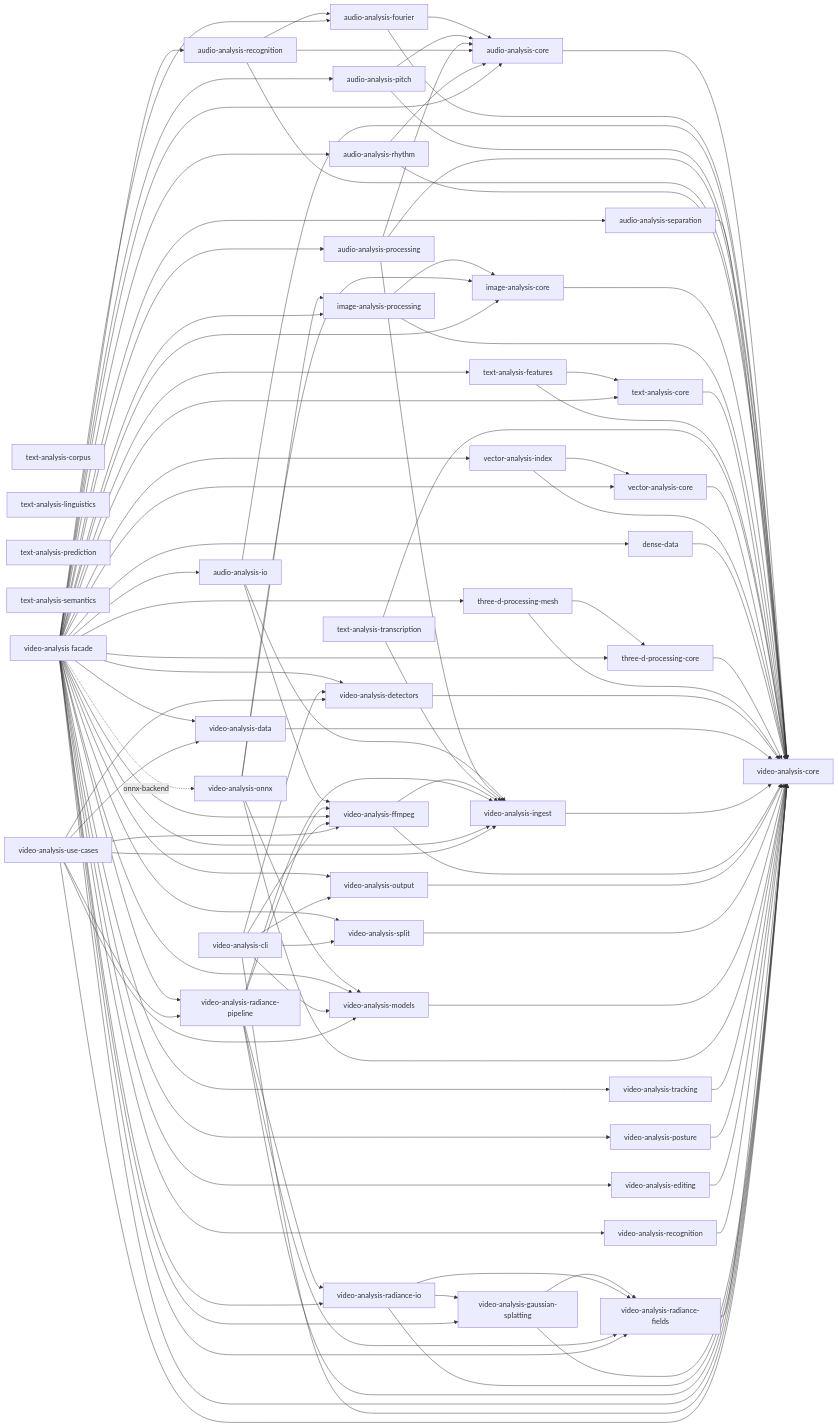
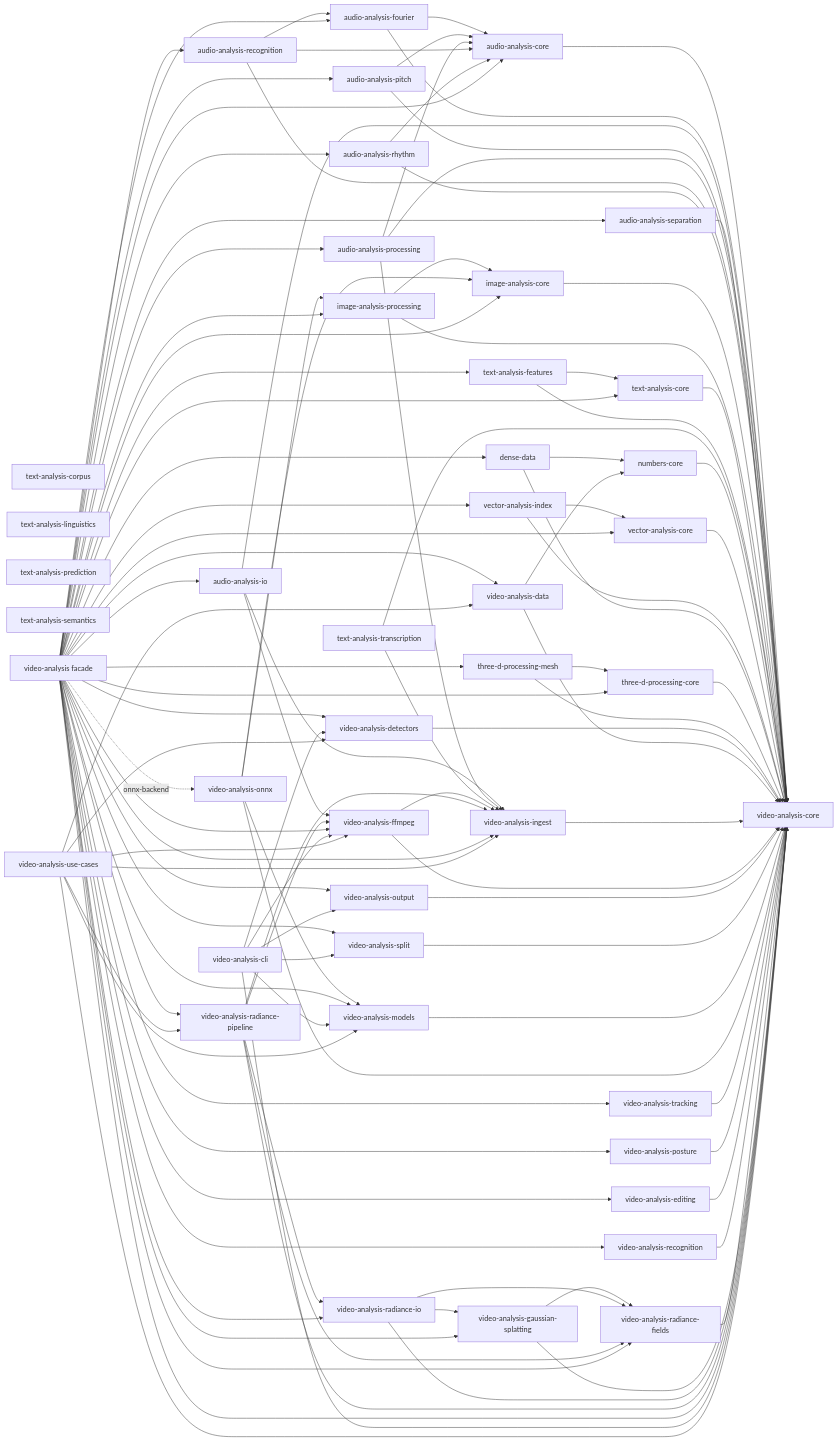
One commit to moritzbrantner/rust-packages changed the diagram in README.md. Above: the diagram before and after it, drawn with Mermaid. The commit also changed other lines of this file and 42 other files, not shown here.

First line of the commit message:
Add numeric stats core and wire dense data to it

```diff
--- a/README.md
+++ b/README.md
@@ -316,6 +319,7 @@
     textprediction[text-analysis-prediction]
     textsemantics[text-analysis-semantics]
     texttranscription[text-analysis-transcription]
+    numberscore[numbers-core]
     vectorcore[vector-analysis-core]
     vectorindex[vector-analysis-index]
     densedata[dense-data]
@@ -368,10 +372,13 @@
     textfeatures --> core
     texttranscription --> core
     texttranscription --> ingest
+    numberscore --> core
     vectorcore --> core
     vectorindex --> vectorcore
     vectorindex --> core
+    densedata --> numberscore
     densedata --> core
+    data --> numberscore
     threedcore --> core
     threedmesh --> threedcore
     threedmesh --> core
```
